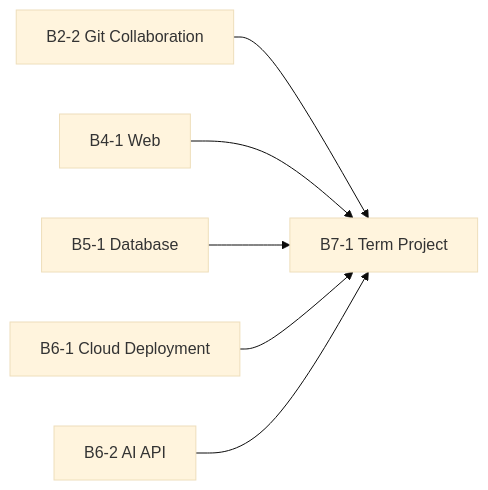
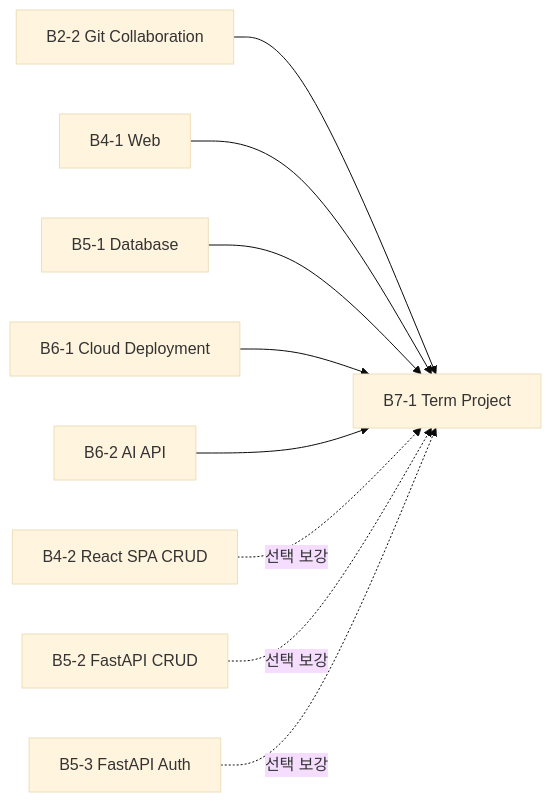
The second of 3 diagrams in training/round-01-clear/MISSION-DEPENDENCY-MAP.md (MetaStudy999/codyssey-basic), drawn with Mermaid (base theme) before and after one commit. The commit also changed other lines of this file, not shown here.

````diff
--- a/training/round-01-clear/MISSION-DEPENDENCY-MAP.md
+++ b/training/round-01-clear/MISSION-DEPENDENCY-MAP.md
@@ -22,8 +88,12 @@
 ```mermaid
 flowchart LR
     B22[B2-2 Git Collaboration] --> B71[B7-1 Term Project]
     B41[B4-1 Web] --> B71
     B51[B5-1 Database] --> B71
     B61[B6-1 Cloud Deployment] --> B71
     B62[B6-2 AI API] --> B71
+
+    B42[B4-2 React SPA CRUD] -. 선택 보강 .-> B71
+    B52[B5-2 FastAPI CRUD] -. 선택 보강 .-> B71
+    B53[B5-3 FastAPI Auth] -. 선택 보강 .-> B71
 ```
````
